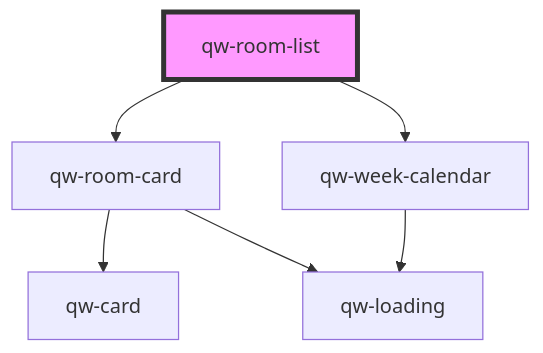
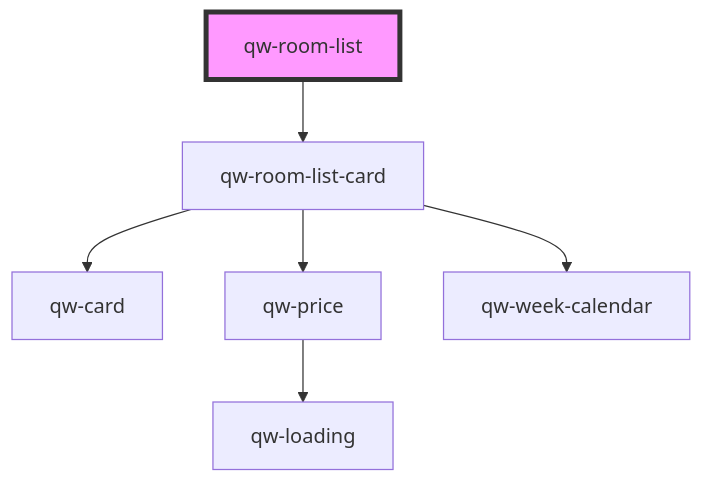
The diagram in src/components/qw-room-list/readme.md (qwentes-team/qw-hotels), drawn with Mermaid before and after one commit. The commit also changed other lines of this file and 16 other files, not shown here.

````diff
--- a/src/components/qw-room-list/readme.md
+++ b/src/components/qw-room-list/readme.md
@@ -23,9 +31,9 @@
 ```mermaid
 graph TD;
-  qw-room-list --> qw-room-card
-  qw-room-list --> qw-week-calendar
-  qw-room-card --> qw-card
-  qw-room-card --> qw-loading
-  qw-week-calendar --> qw-loading
+  qw-room-list --> qw-room-list-card
+  qw-room-list-card --> qw-card
+  qw-room-list-card --> qw-price
+  qw-room-list-card --> qw-week-calendar
+  qw-price --> qw-loading
   style qw-room-list fill:#f9f,stroke:#333,stroke-width:4px
 ```
````
